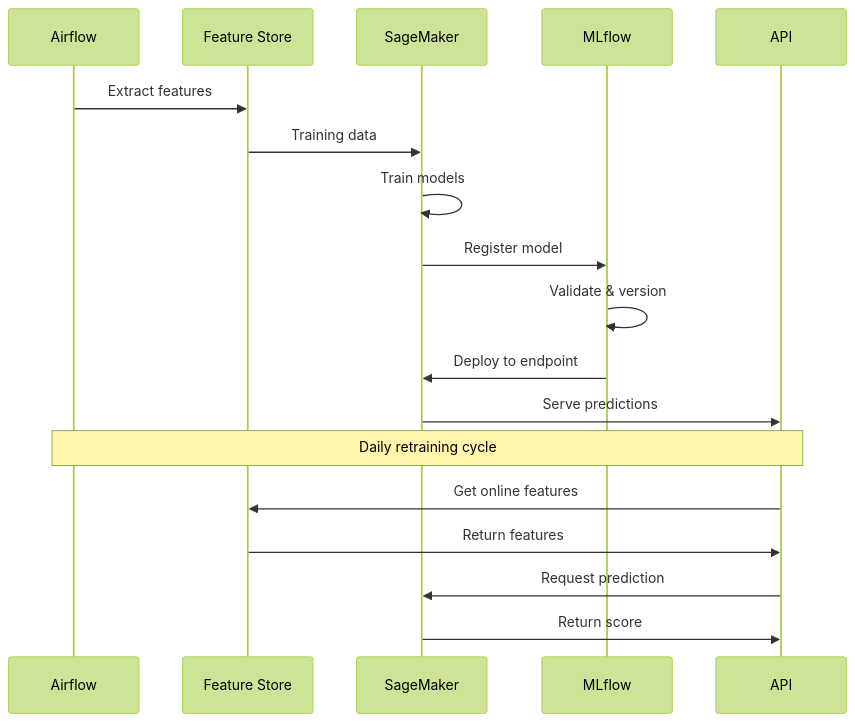
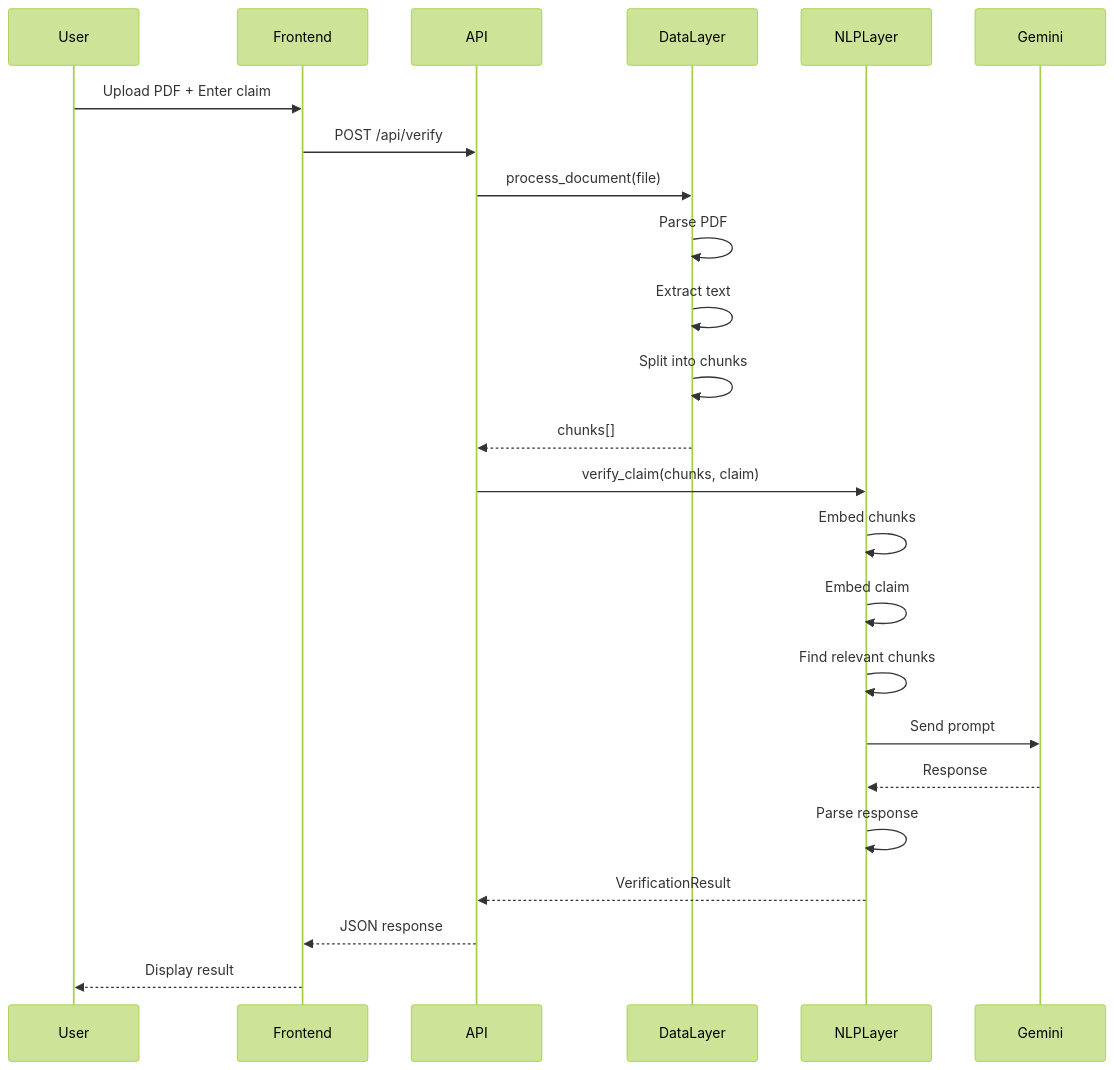
One commit to Krish-Om/contradiction-detection-system changed the second of 8 diagrams in docs/02_technical_architecture.md. Above: the diagram before and after it, drawn with Mermaid (forest theme). The commit also changed other lines of this file and 5 other files, not shown here.

````diff
--- a/docs/02_technical_architecture.md
+++ b/docs/02_technical_architecture.md
@@ -311,23 +53,30 @@
 ```mermaid
 sequenceDiagram
-    participant Airflow
-    participant Feature Store
-    participant SageMaker
-    participant MLflow
+    participant User
+    participant Frontend
     participant API
-    
-    Airflow->>Feature Store: Extract features
-    Feature Store->>SageMaker: Training data
-    SageMaker->>SageMaker: Train models
-    SageMaker->>MLflow: Register model
-    MLflow->>MLflow: Validate & version
-    MLflow->>SageMaker: Deploy to endpoint
-    SageMaker->>API: Serve predictions
-    
-    Note over Airflow,API: Daily retraining cycle
-    
-    API->>Feature Store: Get online features
-    Feature Store->>API: Return features
-    API->>SageMaker: Request prediction
-    SageMaker->>API: Return score
+    participant DataLayer
+    participant NLPLayer
+    participant Gemini
+
+    User->>Frontend: Upload PDF + Enter claim
+    Frontend->>API: POST /api/verify
+
+    API->>DataLayer: process_document(file)
+    DataLayer->>DataLayer: Parse PDF
+    DataLayer->>DataLayer: Extract text
+    DataLayer->>DataLayer: Split into chunks
+    DataLayer-->>API: chunks[]
+
+    API->>NLPLayer: verify_claim(chunks, claim)
+    NLPLayer->>NLPLayer: Embed chunks
+    NLPLayer->>NLPLayer: Embed claim
+    NLPLayer->>NLPLayer: Find relevant chunks
+    NLPLayer->>Gemini: Send prompt
+    Gemini-->>NLPLayer: Response
+    NLPLayer->>NLPLayer: Parse response
+    NLPLayer-->>API: VerificationResult
+
+    API-->>Frontend: JSON response
+    Frontend-->>User: Display result
 ```
````
